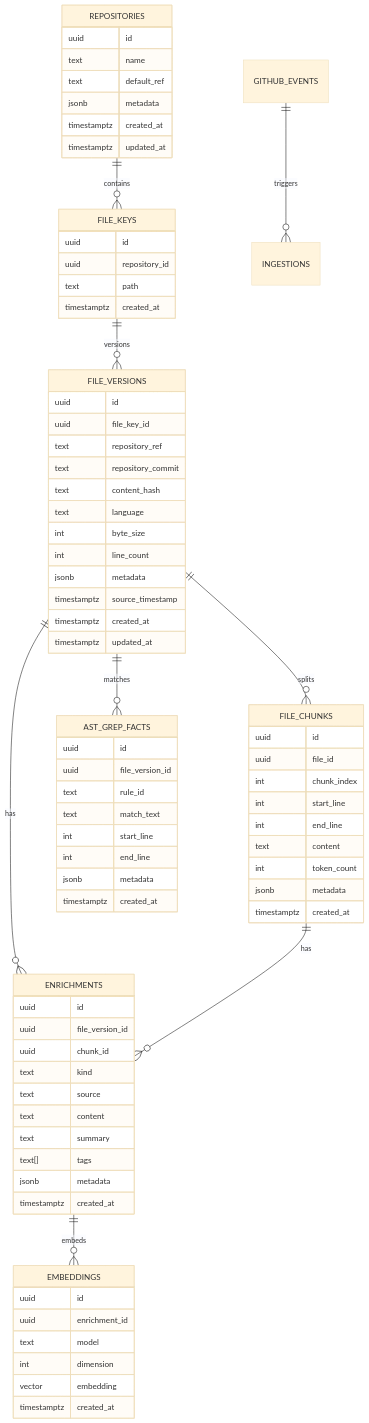
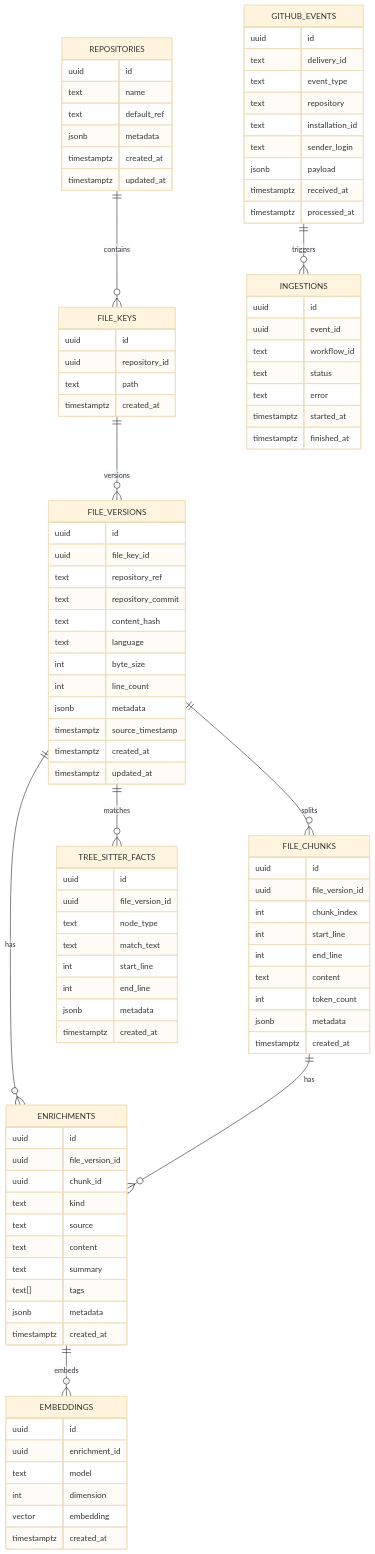
One commit to proompteng/lab changed the second of 3 diagrams in docs/atlas-indexing.md. Above: the diagram before and after it, drawn with Mermaid (base theme). The commit also changed other lines of this file, not shown here.

Commit message:
docs: switch atlas extraction to tree-sitter

````diff
--- a/docs/atlas-indexing.md
+++ b/docs/atlas-indexing.md
@@ -56,7 +56,7 @@
   FILE_VERSIONS ||--o{ ENRICHMENTS : has
   FILE_CHUNKS ||--o{ ENRICHMENTS : has
   ENRICHMENTS ||--o{ EMBEDDINGS : embeds
-  FILE_VERSIONS ||--o{ AST_GREP_FACTS : matches
+  FILE_VERSIONS ||--o{ TREE_SITTER_FACTS : matches
   GITHUB_EVENTS ||--o{ INGESTIONS : triggers
 
   REPOSITORIES {
@@ -92,7 +92,7 @@
 
   FILE_CHUNKS {
     uuid id
-    uuid file_id
+    uuid file_version_id
     int chunk_index
     int start_line
     int end_line
@@ -124,14 +124,36 @@
     timestamptz created_at
   }
 
-  AST_GREP_FACTS {
+  TREE_SITTER_FACTS {
     uuid id
     uuid file_version_id
-    text rule_id
+    text node_type
     text match_text
     int start_line
     int end_line
     jsonb metadata
     timestamptz created_at
   }
+
+  GITHUB_EVENTS {
+    uuid id
+    text delivery_id
+    text event_type
+    text repository
+    text installation_id
+    text sender_login
+    jsonb payload
+    timestamptz received_at
+    timestamptz processed_at
+  }
+
+  INGESTIONS {
+    uuid id
+    uuid event_id
+    text workflow_id
+    text status
+    text error
+    timestamptz started_at
+    timestamptz finished_at
+  }
 ```
````
